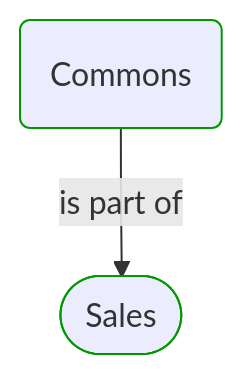
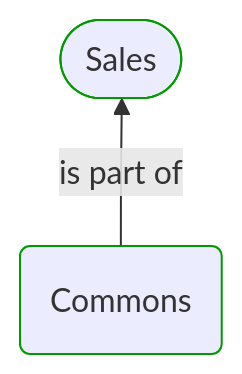
Before and after one commit to itlibrium/DDD-starter-dotnet: the first of 5 diagrams in Docs/P3/MermaidOutput/Modules/Sales/Commons/Commons.md, drawn with Mermaid. The commit also changed other lines of this file and 174 other files, not shown here.

````diff
--- a/Docs/P3/MermaidOutput/Modules/Sales/Commons/Commons.md
+++ b/Docs/P3/MermaidOutput/Modules/Sales/Commons/Commons.md
@@ -20,11 +20,14 @@
 ```mermaid
   flowchart TB
-    0(Commons)
+    0([Sales])
     class 0 DomainPerspective
-    1([Sales])
+    1(Commons)
     class 1 DomainPerspective
-    0-->|is part of|1
+    0---1
+    1-->|is part of|0
+    1---0
+    linkStyle 0,2 stroke:none
     classDef DomainPerspective stroke:#009900
     classDef TechnologyPerspective stroke:#1F41EB
     classDef PeoplePerspective stroke:#FFF014
 ```
````
